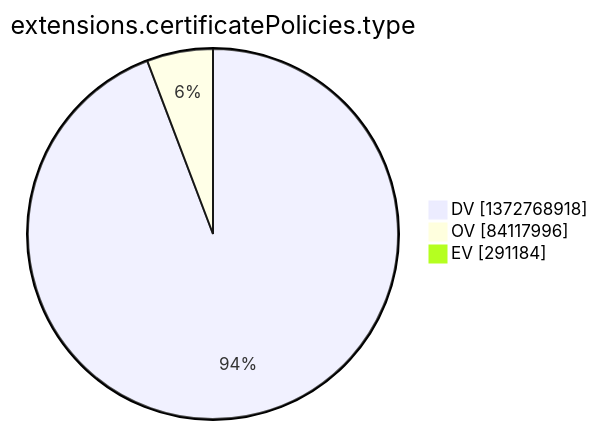
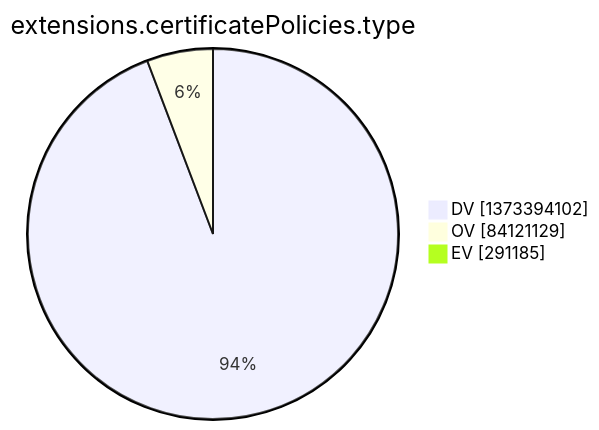
Before and after one commit to christiankrug/ctmonitor_visualization: the tenth of 15 diagrams in argon2022/README.md, drawn with Mermaid. The commit also changed other lines of this file, not shown here.

````diff
--- a/argon2022/README.md
+++ b/argon2022/README.md
@@ -2773,7 +2773,7 @@
 ```mermaid
 pie showData
 title extensions.certificatePolicies.type
-"DV" :1372768918
-"OV" :84117996
-"EV" :291184
+"DV" :1373394102
+"OV" :84121129
+"EV" :291185
 ```
````
